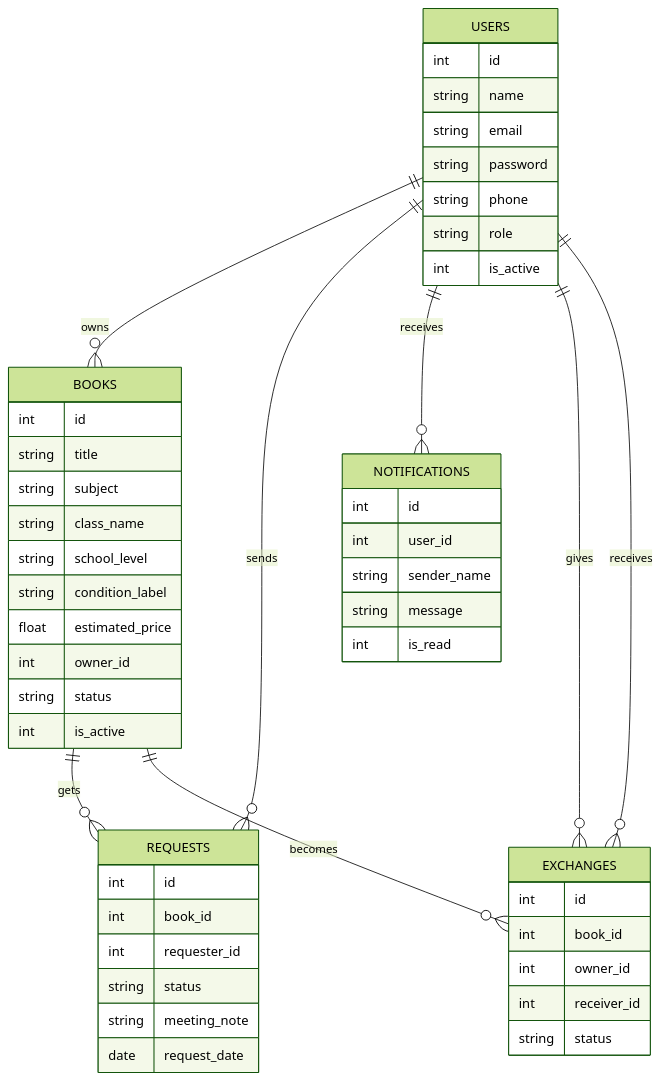
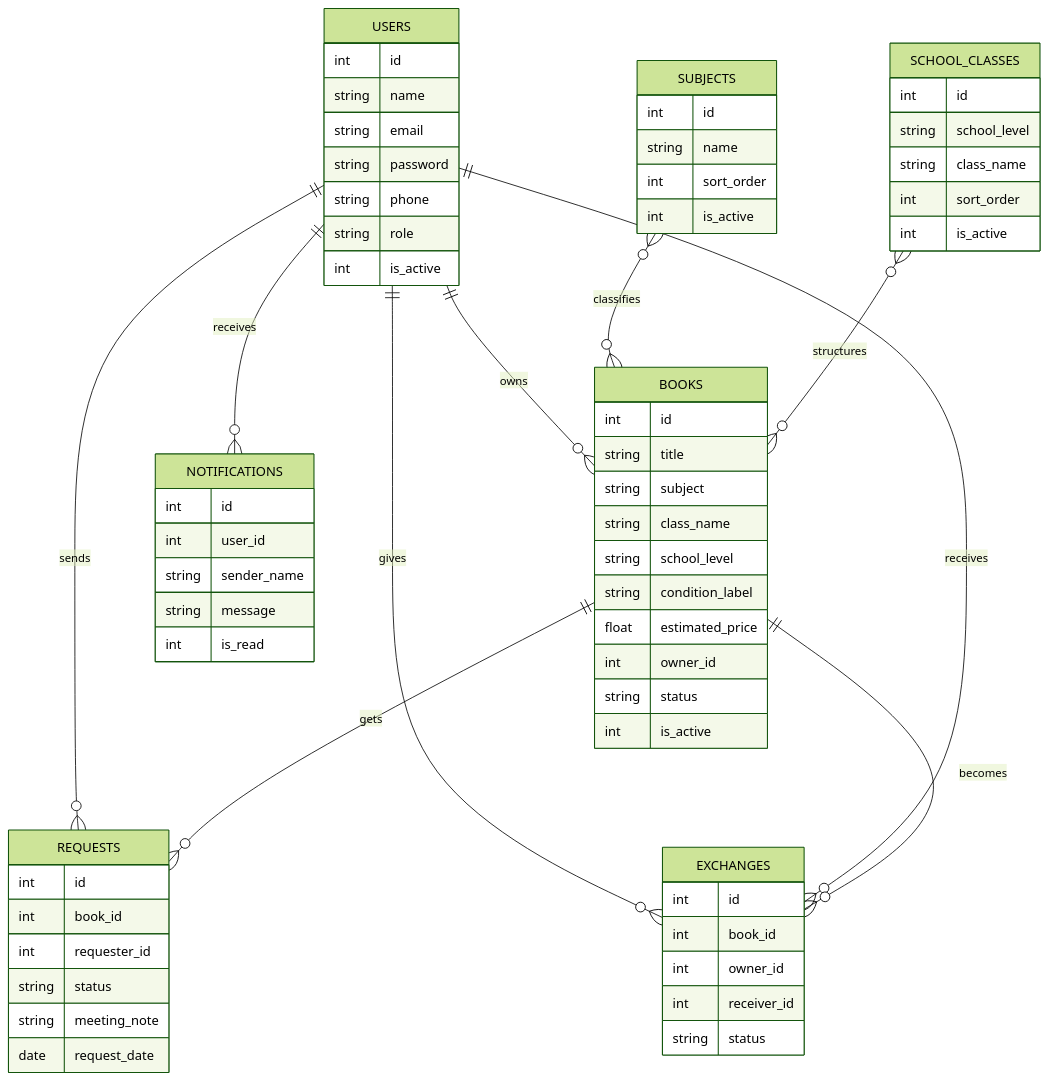
Before and after one commit to MrTBK/bookcycle-tunisia: the fourth of 18 diagrams in documents_aide/DIAGRAMMES_PROJET_COMPLETS.md, drawn with Mermaid (forest theme). The commit also changed other lines of this file and 30 other files, not shown here.

````diff
--- a/documents_aide/DIAGRAMMES_PROJET_COMPLETS.md
+++ b/documents_aide/DIAGRAMMES_PROJET_COMPLETS.md
@@ -70,58 +69,75 @@
 ```mermaid
 erDiagram
     USERS ||--o{ BOOKS : owns
     USERS ||--o{ REQUESTS : sends
     USERS ||--o{ NOTIFICATIONS : receives
     USERS ||--o{ EXCHANGES : gives
     USERS ||--o{ EXCHANGES : receives
+    SUBJECTS }o--o{ BOOKS : classifies
+    SCHOOL_CLASSES }o--o{ BOOKS : structures
     BOOKS ||--o{ REQUESTS : gets
     BOOKS ||--o{ EXCHANGES : becomes
 
     USERS {
         int id
         string name
         string email
         string password
         string phone
         string role
+        int is_active
+    }
+
+    SUBJECTS {
+        int id
+        string name
+        int sort_order
+        int is_active
+    }
+
+    SCHOOL_CLASSES {
+        int id
+        string school_level
+        string class_name
+        int sort_order
         int is_active
     }
 
     BOOKS {
         int id
         string title
         string subject
         string class_name
         string school_level
         string condition_label
         float estimated_price
         int owner_id
         string status
         int is_active
     }
 
     REQUESTS {
         int id
         int book_id
         int requester_id
         string status
         string meeting_note
         date request_date
     }
 
     NOTIFICATIONS {
         int id
         int user_id
         string sender_name
         string message
         int is_read
     }
 
     EXCHANGES {
         int id
         int book_id
         int owner_id
         int receiver_id
         string status
     }
 ```
````
